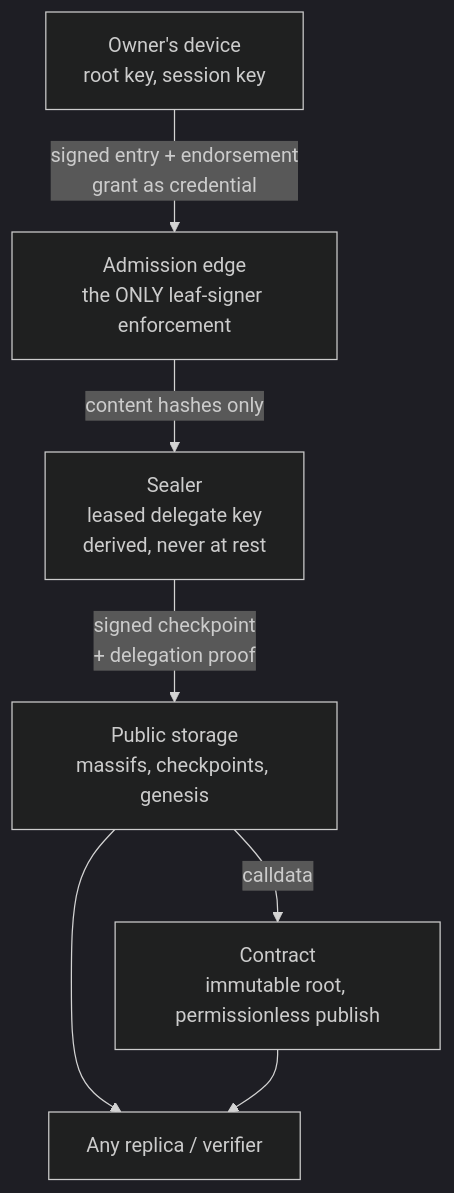
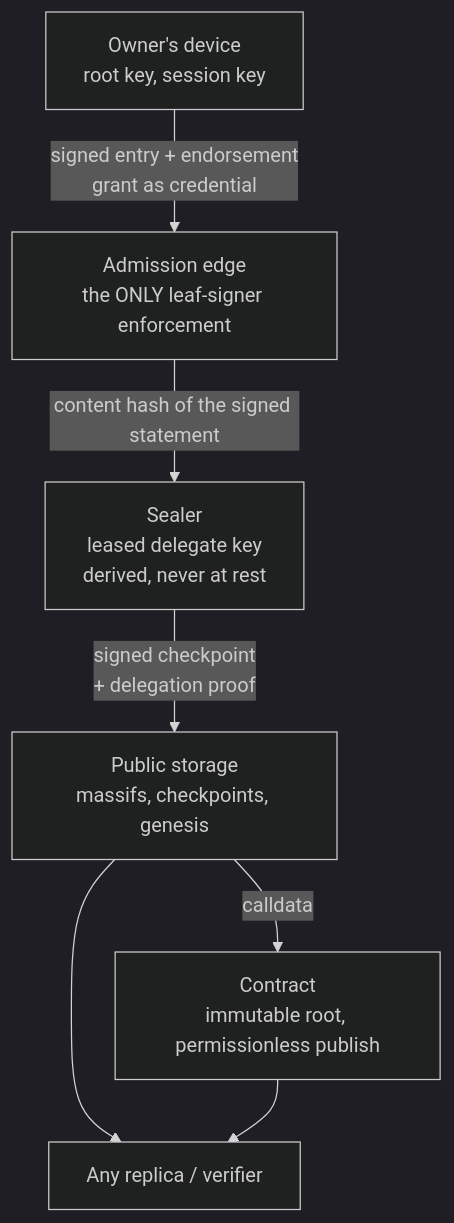
Before and after one commit to forestrie/protocol: the diagram in spec/trust-boundaries-and-operator-powers.md, drawn with Mermaid (dark theme). The commit also changed other lines of this file and 3 other files, not shown here.

````diff
--- a/spec/trust-boundaries-and-operator-powers.md
+++ b/spec/trust-boundaries-and-operator-powers.md
@@ -40,16 +47,16 @@
 ```mermaid
 flowchart TB
   user["Owner's device<br/>root key, session key"]
   edge["Admission edge<br/>the ONLY leaf-signer enforcement"]
   sealer["Sealer<br/>leased delegate key<br/>derived, never at rest"]
   store["Public storage<br/>massifs, checkpoints, genesis"]
   chain["Contract<br/>immutable root, permissionless publish"]
   anyone["Any replica / verifier"]
 
   user -->|"signed entry + endorsement<br/>grant as credential"| edge
-  edge -->|"content hashes only"| sealer
+  edge -->|"content hash of the signed statement"| sealer
   sealer -->|"signed checkpoint<br/>+ delegation proof"| store
   store -->|"calldata"| chain
   store --> anyone
   chain --> anyone
 ```
````
